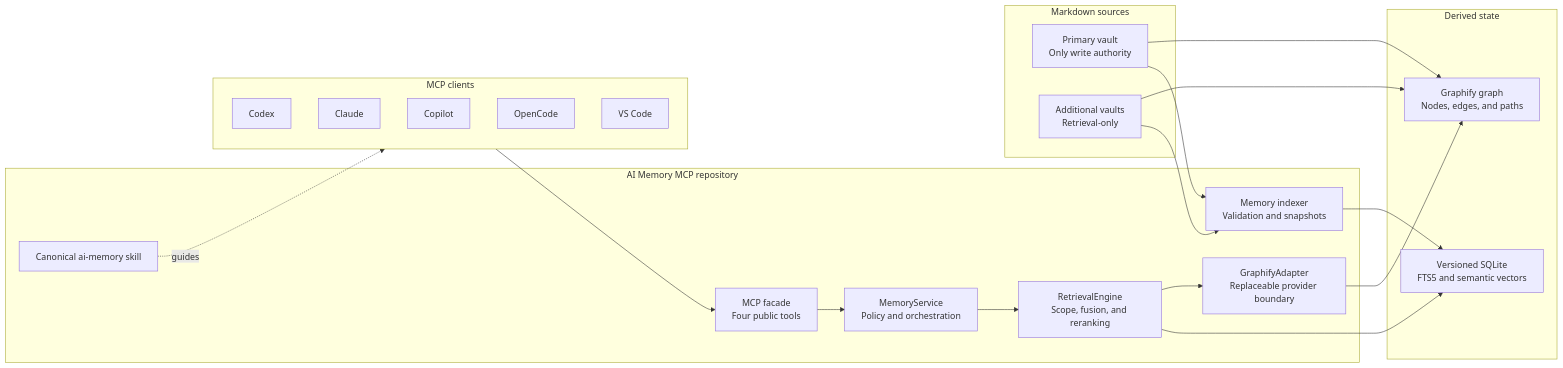
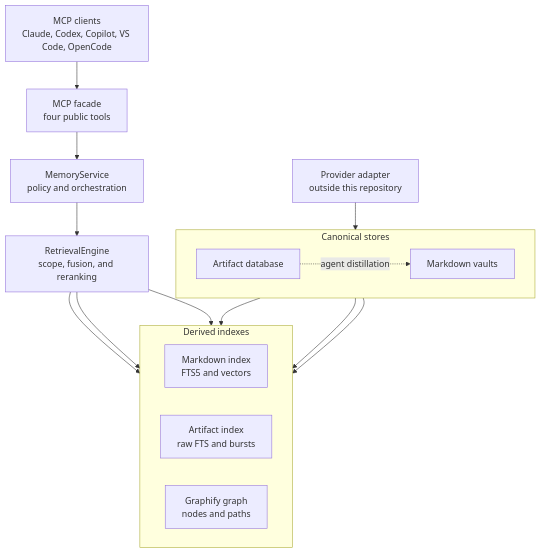
The first of 3 diagrams in README.md (moorej2400/ai-memory-mcp), drawn with Mermaid before and after one commit. The commit also changed other lines of this file and 1 other file, not shown here.

First line of the commit message:
docs: show artifact storage in the README architecture

````diff
--- a/README.md
+++ b/README.md
@@ -24,42 +30,34 @@
 ```mermaid
-flowchart LR
-    subgraph Clients["MCP clients"]
-        Codex[Codex]
-        Claude[Claude]
-        Copilot[Copilot]
-        OpenCode[OpenCode]
-        VSCode[VS Code]
+flowchart TB
+    Clients["MCP clients<br/>Claude, Codex, Copilot, VS Code, OpenCode"]
+    Facade["MCP facade<br/>four public tools"]
+    Service["MemoryService<br/>policy and orchestration"]
+    Engine["RetrievalEngine<br/>scope, fusion, and reranking"]
+
+    subgraph Derived["Derived indexes"]
+        direction LR
+        MdIndex["Markdown index<br/>FTS5 and vectors"]
+        ArtIndex["Artifact index<br/>raw FTS and bursts"]
+        Graph["Graphify graph<br/>nodes and paths"]
     end
 
-    subgraph Repository["AI Memory MCP repository"]
-        MCP["MCP facade<br/>Four public tools"]
-        Service["MemoryService<br/>Policy and orchestration"]
-        Retrieval["RetrievalEngine<br/>Scope, fusion, and reranking"]
-        Indexer["Memory indexer<br/>Validation and snapshots"]
-        Adapter["GraphifyAdapter<br/>Replaceable provider boundary"]
-        Skill["Canonical ai-memory skill"]
+    subgraph Canonical["Canonical stores"]
+        direction LR
+        Vaults["Markdown vaults"]
+        Store["Artifact database"]
     end
 
-    subgraph Authority["Markdown sources"]
-        Primary["Primary vault<br/>Only write authority"]
-        Additional["Additional vaults<br/>Retrieval-only"]
-    end
+    Provider["Provider adapter<br/>outside this repository"]
 
-    subgraph Derived["Derived state"]
-        SQLite["Versioned SQLite<br/>FTS5 and semantic vectors"]
-        Graph["Graphify graph<br/>Nodes, edges, and paths"]
-    end
-
-    Clients --> MCP
-    MCP --> Service
-    Service --> Retrieval
-    Retrieval --> SQLite
-    Retrieval --> Adapter
-    Adapter --> Graph
-    Primary --> Indexer
-    Additional --> Indexer
-    Indexer --> SQLite
-    Primary --> Graph
-    Additional --> Graph
-    Skill -. guides .-> Clients
+    Clients --> Facade
+    Facade --> Service
+    Service --> Engine
+    Engine --> MdIndex
+    Engine --> ArtIndex
+    Engine --> Graph
+    Vaults --> MdIndex
+    Vaults --> Graph
+    Store --> ArtIndex
+    Provider --> Store
+    Store -. agent distillation .-> Vaults
 ```
````
